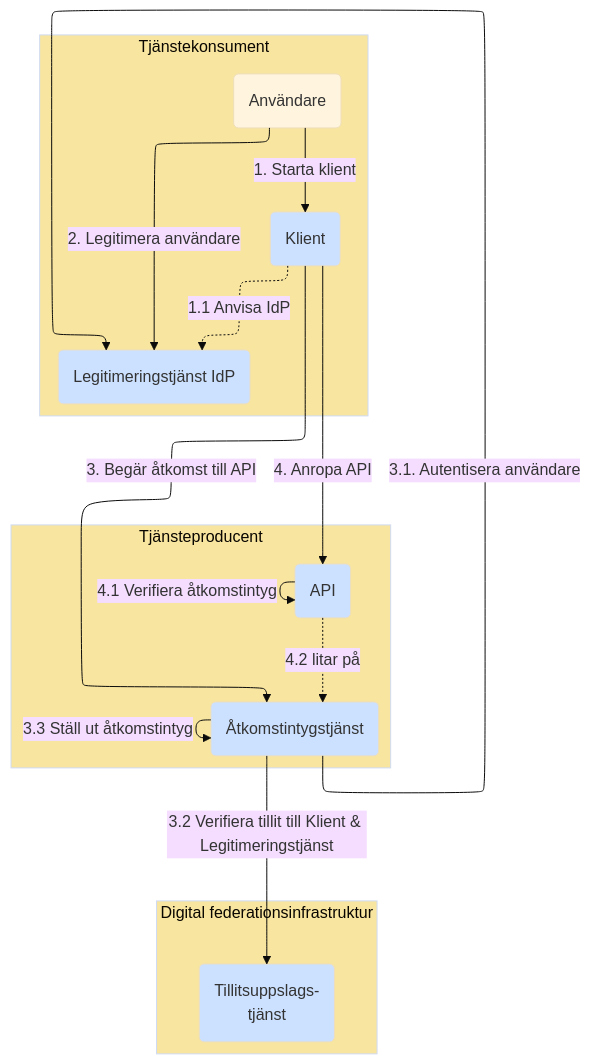
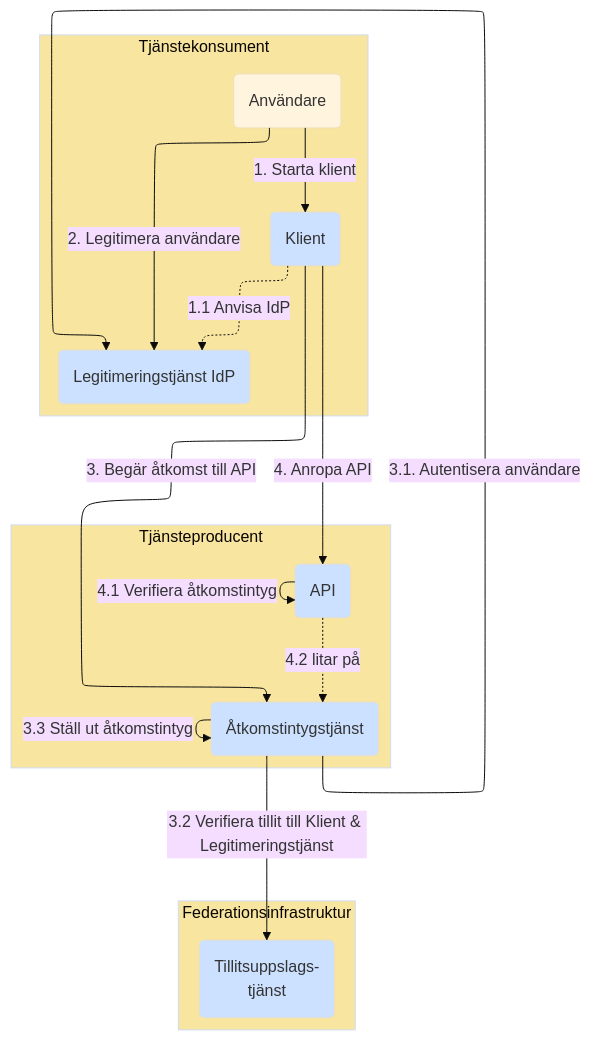
One commit to diggsweden/ena-authorization changed the fifth of 11 diagrams in architecture/drafts/IAM_TargetArchitecture_Sweden.md. Above: the diagram before and after it, drawn with Mermaid (base theme). The commit also changed other lines of this file, not shown here.

````diff
--- a/architecture/drafts/IAM_TargetArchitecture_Sweden.md
+++ b/architecture/drafts/IAM_TargetArchitecture_Sweden.md
@@ -176,37 +176,37 @@
 ```mermaid
 %%{init: {"flowchart": {"defaultRenderer": "elk"}} }%%
 flowchart TB
  
 classDef org fill:#F8E5A0
 classDef comp fill:#CCE1FF
 classDef box fill:#ffffff,stroke:#000000
 
 subgraph po[Tjänsteproducent]
     p(API):::comp
     as(Åtkomstintygstjänst):::comp
 end
 po:::org
 
-subgraph ss[Digital federationsinfrastruktur]
+subgraph ss[Federationsinfrastruktur]
     t(Tillitsuppslags-<br>tjänst):::comp
 end
 ss:::org
 
 subgraph co[Tjänstekonsument]
     idp(Legitimeringstjänst IdP):::comp
     u(Användare)
     c(Klient):::comp
 end
 co:::org
 
 u--<p>1. Starta klient-->c
 c-.1#46;1 Anvisa IdP.->idp
 u--<p>2. Legitimera användare-->idp
 c--<p>3. Begär åtkomst till API-->as
 as--<p>3.1. Autentisera användare-->idp 
 as--<p>3.2 Verifiera tillit till Klient & Legitimeringstjänst-->t
 as--<p>3.3 Ställ ut åtkomstintyg-->as
 c--<p>4. Anropa API-->p
 p--<p>4.1 Verifiera åtkomstintyg-->p
 p-.4#46;2 litar på.->as
 ```
````
